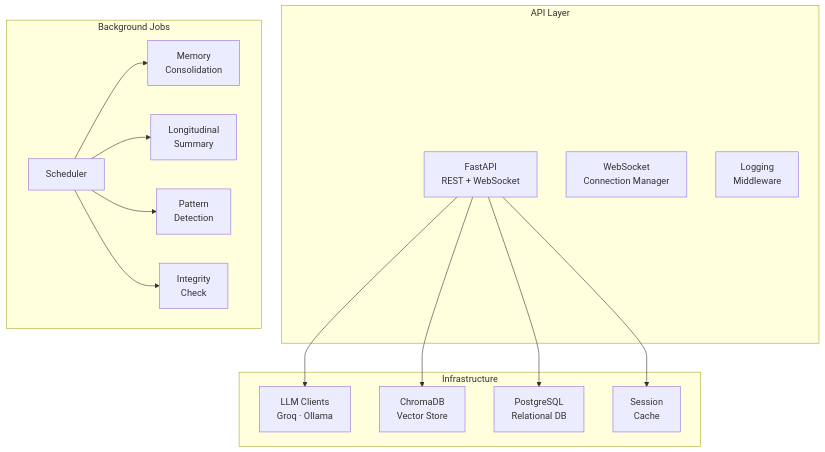
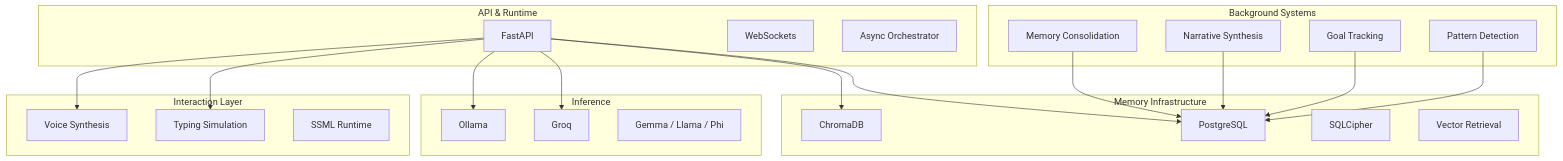
The second of 2 diagrams in README.md (varunaditya27/nova-ai), drawn with Mermaid before and after one commit. The commit also changed other lines of this file, not shown here.

Commit message:
docs: enhance README with comprehensive project overview and architecture details

````diff
--- a/README.md
+++ b/README.md
@@ -144,32 +716,48 @@
 ```mermaid
 graph TB
-    subgraph API ["API Layer"]
-        FA["FastAPI\nREST + WebSocket"]
-        WS["WebSocket\nConnection Manager"]
-        MW["Logging\nMiddleware"]
+
+    subgraph API ["API & Runtime"]
+        A1["FastAPI"]
+        A2["WebSockets"]
+        A3["Async Orchestrator"]
     end
 
-    subgraph INFRA ["Infrastructure"]
-        LLM["LLM Clients\nGroq · Ollama"]
-        VEC["ChromaDB\nVector Store"]
-        DB["PostgreSQL\nRelational DB"]
-        CACHE["Session\nCache"]
+    subgraph MEMORY ["Memory Infrastructure"]
+        M1["PostgreSQL"]
+        M2["ChromaDB"]
+        M3["SQLCipher"]
+        M4["Vector Retrieval"]
     end
 
-    subgraph BG ["Background Jobs"]
-        SCHED["Scheduler"]
-        MEM_JOB["Memory\nConsolidation"]
-        LONG_JOB["Longitudinal\nSummary"]
-        PAT_JOB["Pattern\nDetection"]
-        INT_JOB["Integrity\nCheck"]
+    subgraph INFERENCE ["Inference"]
+        I1["Groq"]
+        I2["Ollama"]
+        I3["Gemma / Llama / Phi"]
     end
 
-    FA --> LLM
-    FA --> VEC
-    FA --> DB
-    FA --> CACHE
-    SCHED --> MEM_JOB
-    SCHED --> LONG_JOB
-    SCHED --> PAT_JOB
-    SCHED --> INT_JOB
+    subgraph BACKGROUND ["Background Systems"]
+        B1["Memory Consolidation"]
+        B2["Narrative Synthesis"]
+        B3["Goal Tracking"]
+        B4["Pattern Detection"]
+    end
+
+    subgraph DELIVERY ["Interaction Layer"]
+        D1["Typing Simulation"]
+        D2["Voice Synthesis"]
+        D3["SSML Runtime"]
+    end
+
+    A1 --> M1
+    A1 --> M2
+    A1 --> I1
+    A1 --> I2
+
+    B1 --> M1
+    B2 --> M1
+    B3 --> M1
+    B4 --> M1
+
+    A1 --> D1
+    A1 --> D2
 ```
````
